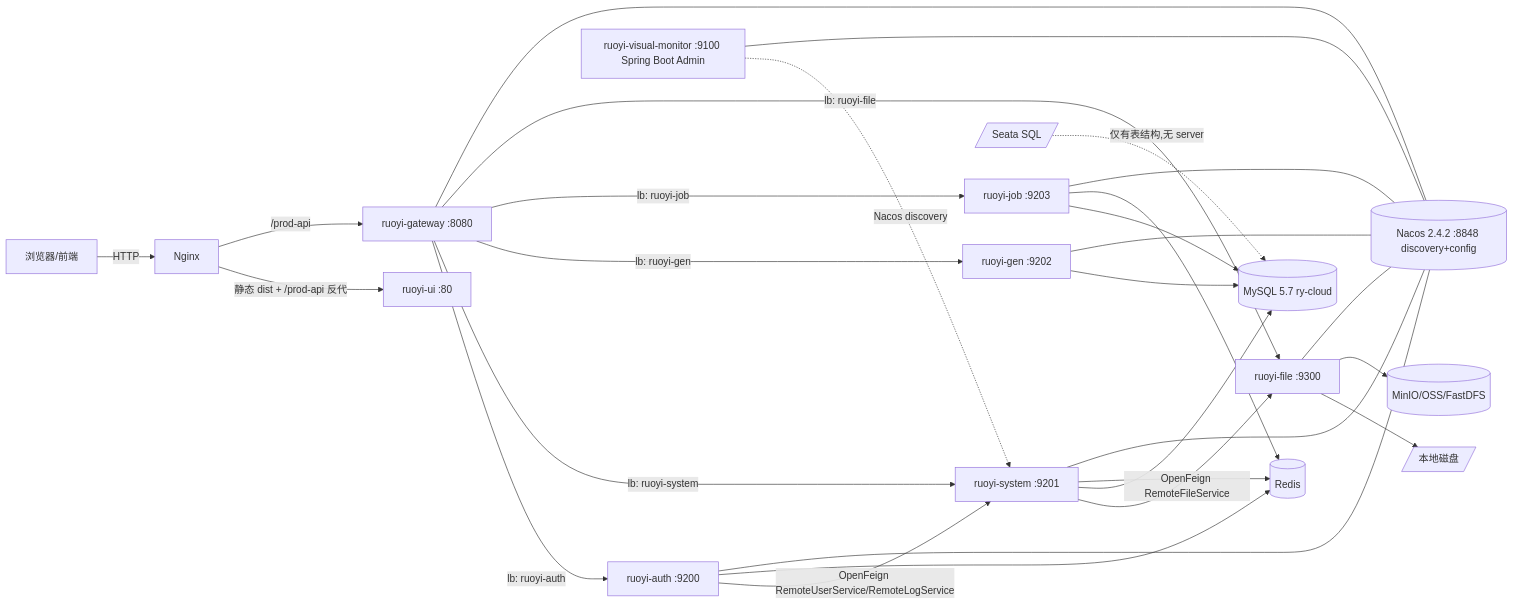
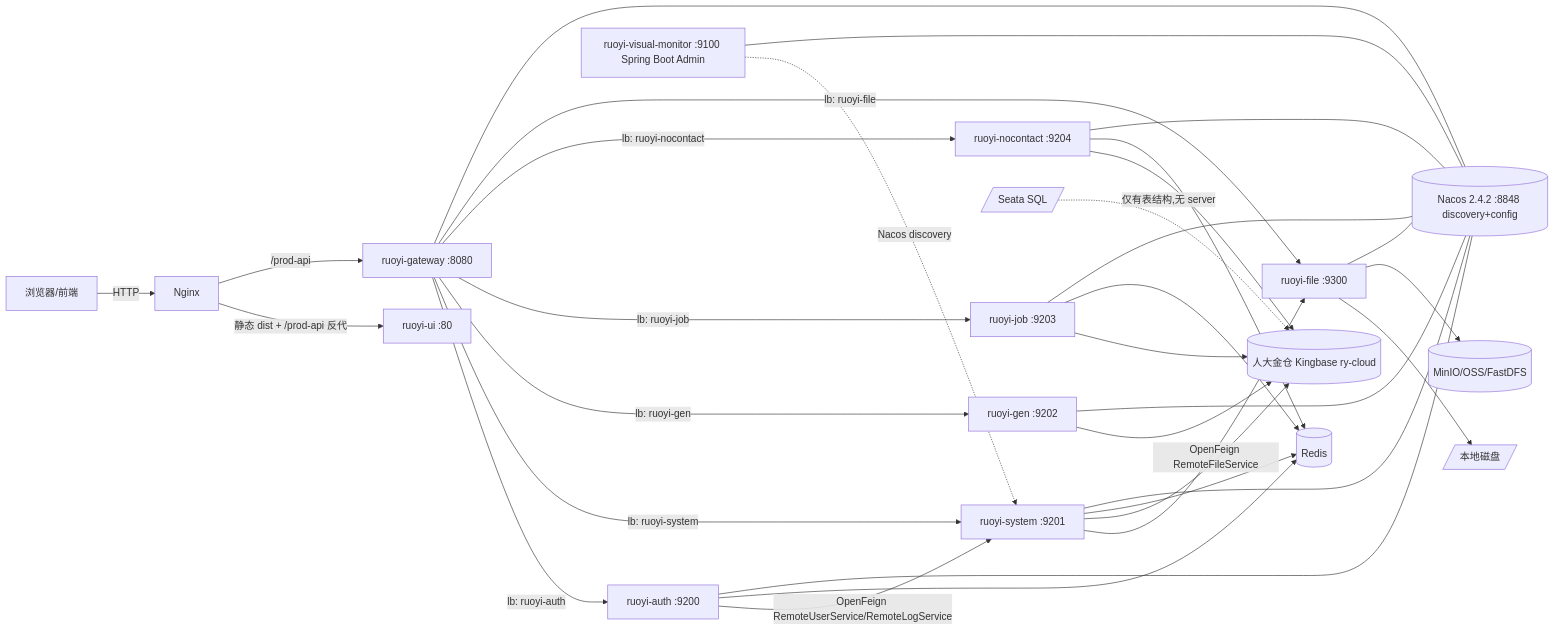
One commit to ssikme98/NoContactMonitorCloud changed the diagram in docs/survey.md. Above: the diagram before and after it, drawn with Mermaid. The commit also changed other lines of this file and 185 other files, not shown here.

````diff
--- a/docs/survey.md
+++ b/docs/survey.md
@@ -11,30 +11,34 @@
 ```mermaid
 flowchart LR
   Browser[浏览器/前端] -->|HTTP| Nginx
   Nginx -->|静态 dist + /prod-api 反代| UI[ruoyi-ui :80]
   Nginx -->|/prod-api| GW[ruoyi-gateway :8080]
   GW -->|lb: ruoyi-auth| Auth[ruoyi-auth :9200]
   GW -->|lb: ruoyi-system| Sys[ruoyi-system :9201]
   GW -->|lb: ruoyi-gen| Gen[ruoyi-gen :9202]
   GW -->|lb: ruoyi-job| Job[ruoyi-job :9203]
+  GW -->|lb: ruoyi-nocontact| Nocontact[ruoyi-nocontact :9204]
   GW -->|lb: ruoyi-file| File[ruoyi-file :9300]
   Monitor[ruoyi-visual-monitor :9100 Spring Boot Admin] -. Nacos discovery .-> Sys
   Auth -->|OpenFeign RemoteUserService/RemoteLogService| Sys
   Sys -->|OpenFeign RemoteFileService| File
-  Sys --> MySQL[(MySQL 5.7 ry-cloud)]
+  Sys --> Kingbase[(人大金仓 Kingbase ry-cloud)]
   Auth --> Redis[(Redis)]
   Sys --> Redis
-  Gen --> MySQL
-  Job --> MySQL
+  Gen --> Kingbase
+  Job --> Kingbase
+  Nocontact --> Kingbase
+  Nocontact --> Redis
   Job --> Redis
   File --> Local[/本地磁盘/] & MinIO[(MinIO/OSS/FastDFS)]
   Nacos[(Nacos 2.4.2 :8848 discovery+config)]
   GW --- Nacos
   Auth --- Nacos
   Sys --- Nacos
   Gen --- Nacos
   Job --- Nacos
+  Nocontact --- Nacos
   File --- Nacos
   Monitor --- Nacos
-  SeataSQL[/Seata SQL/] -. 仅有表结构,无 server .-> MySQL
+  SeataSQL[/Seata SQL/] -. 仅有表结构,无 server .-> Kingbase
 ```
````
